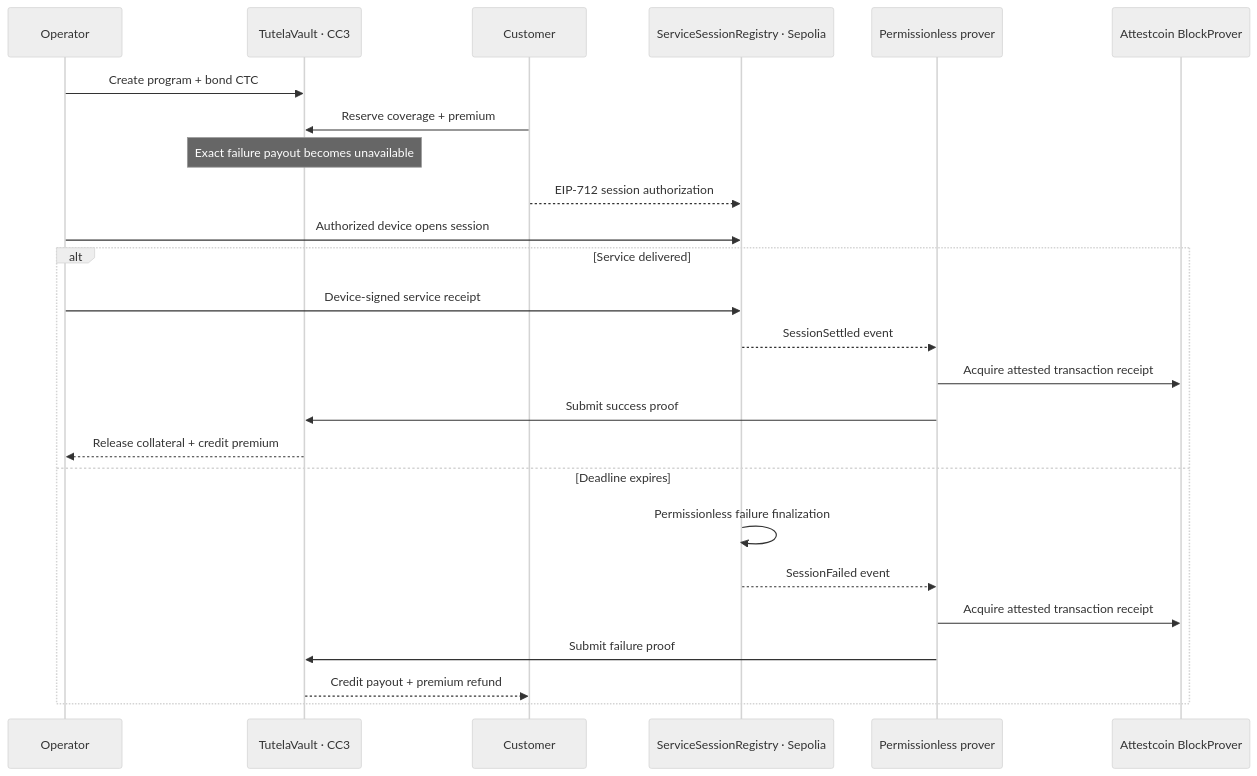
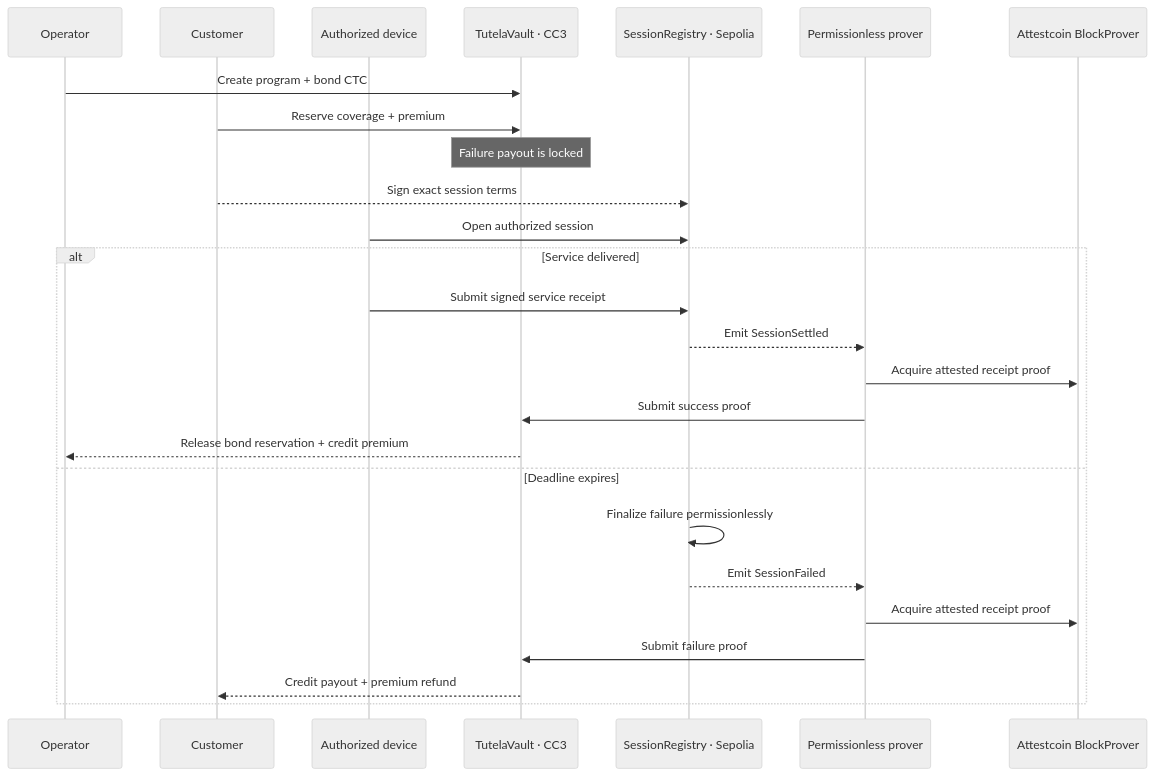
One commit to dexarxbt/Tutela changed the diagram in README.md. Above: the diagram before and after it, drawn with Mermaid (neutral theme). The commit also changed other lines of this file, not shown here.

````diff
--- a/README.md
+++ b/README.md
@@ -42,28 +89,29 @@
 ```mermaid
 sequenceDiagram
     participant O as Operator
+    participant C as Customer
+    participant D as Authorized device
     participant V as TutelaVault · CC3
-    participant C as Customer
-    participant R as ServiceSessionRegistry · Sepolia
+    participant R as SessionRegistry · Sepolia
     participant P as Permissionless prover
     participant A as Attestcoin BlockProver
 
     O->>V: Create program + bond CTC
     C->>V: Reserve coverage + premium
-    Note over V: Exact failure payout becomes unavailable
-    C-->>R: EIP-712 session authorization
-    O->>R: Authorized device opens session
+    Note over V: Failure payout is locked
+    C-->>R: Sign exact session terms
+    D->>R: Open authorized session
     alt Service delivered
-        O->>R: Device-signed service receipt
-        R-->>P: SessionSettled event
-        P->>A: Acquire attested transaction receipt
+        D->>R: Submit signed service receipt
+        R-->>P: Emit SessionSettled
+        P->>A: Acquire attested receipt proof
         P->>V: Submit success proof
-        V-->>O: Release collateral + credit premium
+        V-->>O: Release bond reservation + credit premium
     else Deadline expires
-        R->>R: Permissionless failure finalization
-        R-->>P: SessionFailed event
-        P->>A: Acquire attested transaction receipt
+        R->>R: Finalize failure permissionlessly
+        R-->>P: Emit SessionFailed
+        P->>A: Acquire attested receipt proof
         P->>V: Submit failure proof
         V-->>C: Credit payout + premium refund
     end
 ```
````
